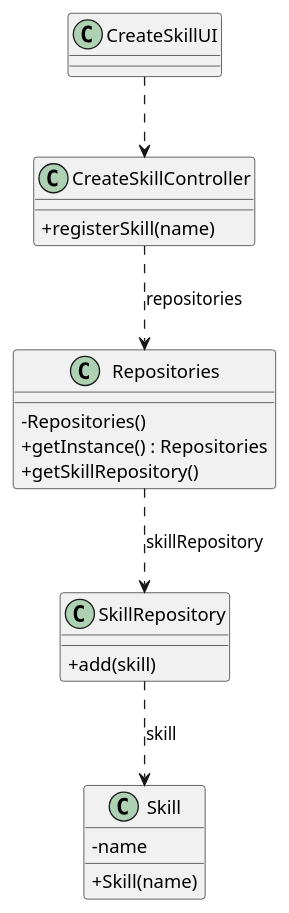
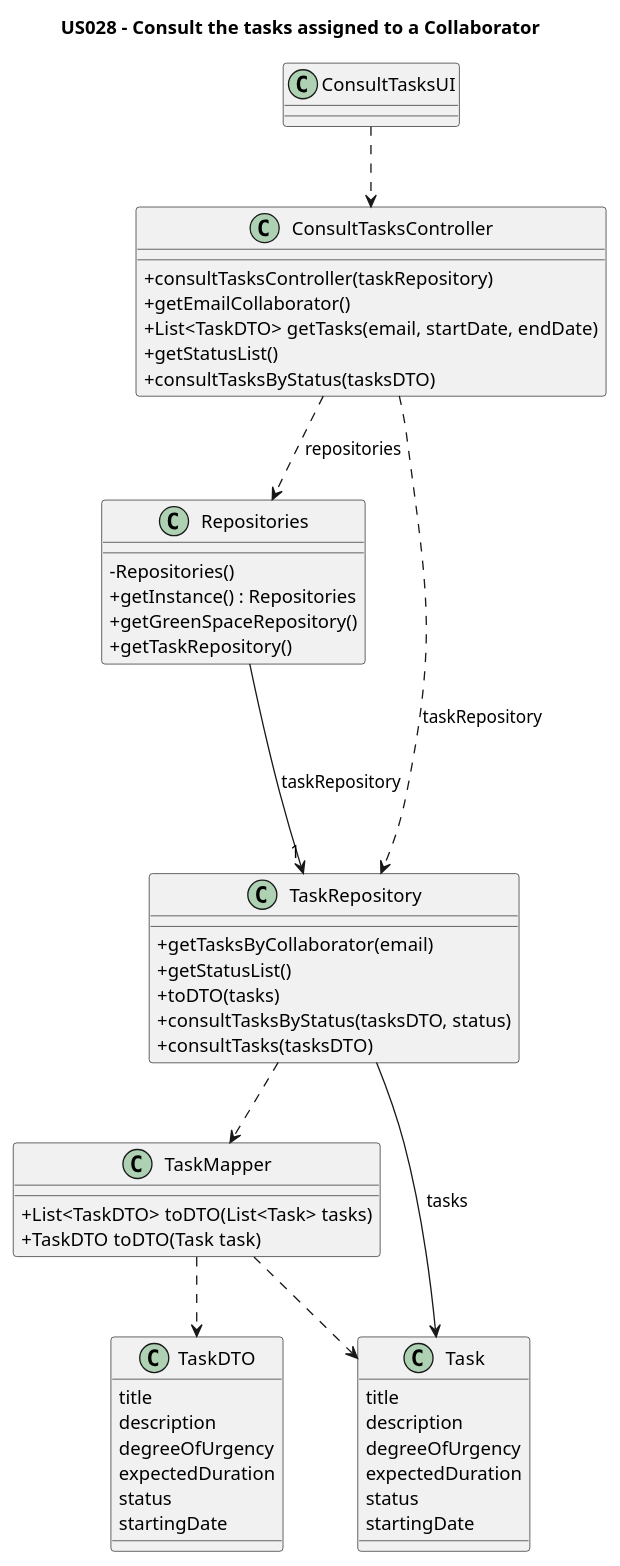
One commit to Departamento-de-Engenharia-Informatica/lei-24-s2-1dm-g132 changed the diagram in docs/sprintC/us028/03.design/puml/us028-class-diagram.puml. Above: the diagram before and after it, drawn with PlantUML. The commit also changed 1 other file, not shown here.

Commit message:
US28 class diagram update

```diff
--- a/docs/sprintC/us028/03.design/puml/us028-class-diagram.puml
+++ b/docs/sprintC/us028/03.design/puml/us028-class-diagram.puml
@@ -1,33 +1,65 @@
 @startuml
 skinparam classAttributeIconSize 0
 
-class CreateSkillController {
-    +registerSkill(name)
-}
+title US028 - Consult the tasks assigned to a Collaborator
 
-
-class CreateSkillUI {
+class ConsultTasksUI {
 
 }
 
-class Skill
-{
-    - name
-    + Skill(name)
+class ConsultTasksController {
+    + consultTasksController(taskRepository)
+    + getEmailCollaborator()
+    + List<TaskDTO> getTasks(email, startDate, endDate)
+    + getStatusList()
+    + consultTasksByStatus(tasksDTO)
 }
+
 class Repositories {
     - Repositories()
     + getInstance() : Repositories
-    + getSkillRepository()
+    + getGreenSpaceRepository()
+    + getTaskRepository()
 }
 
-class SkillRepository {
-   + add(skill)
+class TaskRepository {
+    + getTasksByCollaborator(email)
+    + getStatusList()
+    + toDTO(tasks)
+    + consultTasksByStatus(tasksDTO, status)
+    + consultTasks(tasksDTO)
 }
-CreateSkillUI ..> CreateSkillController
-CreateSkillController ..> Repositories : repositories
 
-Repositories ..> SkillRepository : skillRepository
-SkillRepository ..> Skill : skill
+class TaskMapper {
+    + List<TaskDTO> toDTO(List<Task> tasks)
+    + TaskDTO toDTO(Task task)
+}
 
+class TaskDTO {
+    title
+    description
+    degreeOfUrgency
+    expectedDuration
+    status
+    startingDate
+}
+
+class Task {
+    title
+    description
+    degreeOfUrgency
+    expectedDuration
+    status
+    startingDate
+}
+
+ConsultTasksUI ..> ConsultTasksController
+ConsultTasksController ..> Repositories : repositories
+ConsultTasksController ..> TaskRepository : taskRepository
+Repositories ---> "1" TaskRepository: taskRepository
+TaskRepository --> Task: tasks
+
+TaskRepository ..> TaskMapper
+TaskMapper ..> TaskDTO
+TaskMapper ..> Task
 @enduml
```
